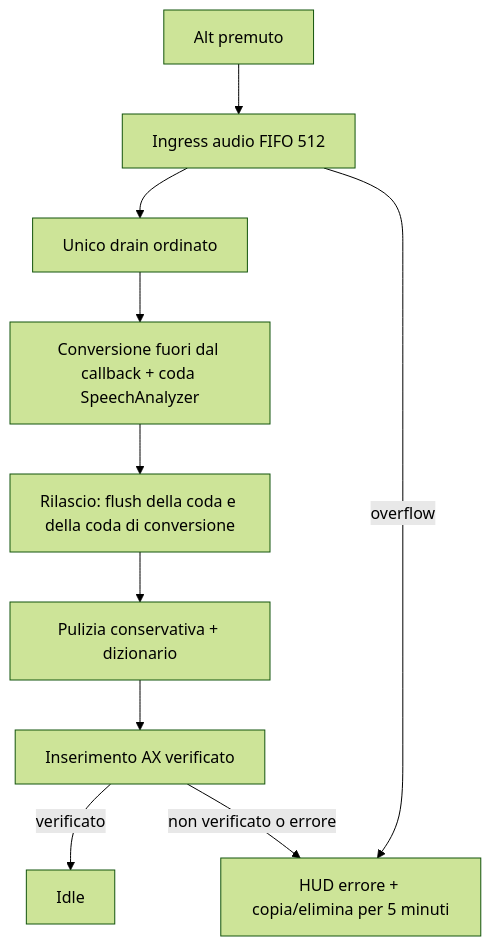
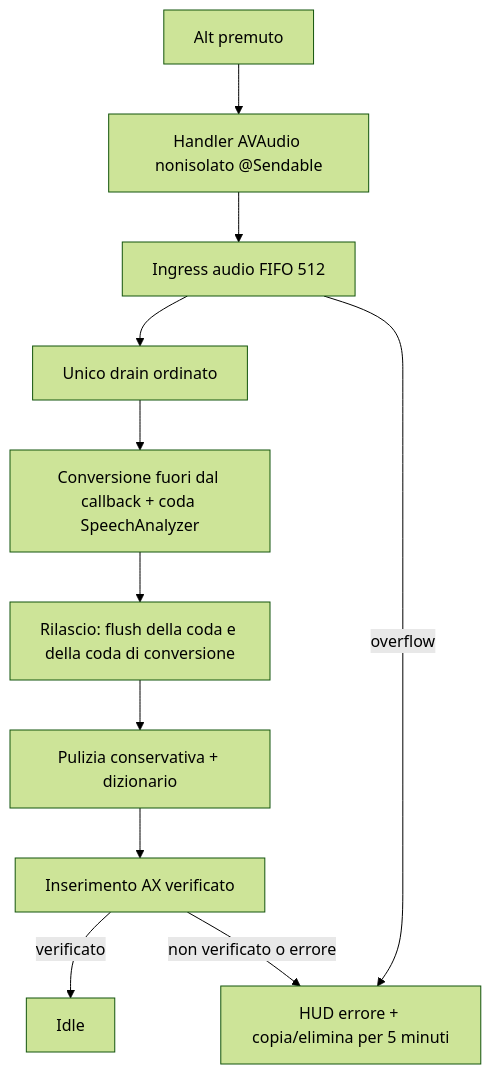
One commit to Floyd14/murmur-youtube changed the diagram in README.md. Above: the diagram before and after it, drawn with Mermaid (forest theme). The commit also changed other lines of this file and 6 other files, not shown here.

Commit message:
Fix audio callback actor isolation crash in WisperClone 0.3.1

````diff
--- a/README.md
+++ b/README.md
@@ -57,12 +59,13 @@
 ```mermaid
 flowchart TD
-    A[Alt premuto] --> B[Ingress audio FIFO 512]
-    B --> C[Unico drain ordinato]
-    C --> D[Conversione fuori dal callback + coda SpeechAnalyzer]
-    D --> E[Rilascio: flush della coda e della coda di conversione]
-    E --> F[Pulizia conservativa + dizionario]
-    F --> G[Inserimento AX verificato]
-    G -->|verificato| H[Idle]
-    G -->|non verificato o errore| I[HUD errore + copia/elimina per 5 minuti]
-    B -->|overflow| I
+    A[Alt premuto] --> C[Handler AVAudio nonisolato @Sendable]
+    C --> B[Ingress audio FIFO 512]
+    B --> D[Unico drain ordinato]
+    D --> E[Conversione fuori dal callback + coda SpeechAnalyzer]
+    E --> F[Rilascio: flush della coda e della coda di conversione]
+    F --> G[Pulizia conservativa + dizionario]
+    G --> H[Inserimento AX verificato]
+    H -->|verificato| I[Idle]
+    H -->|non verificato o errore| J[HUD errore + copia/elimina per 5 minuti]
+    B -->|overflow| J
 ```
````
